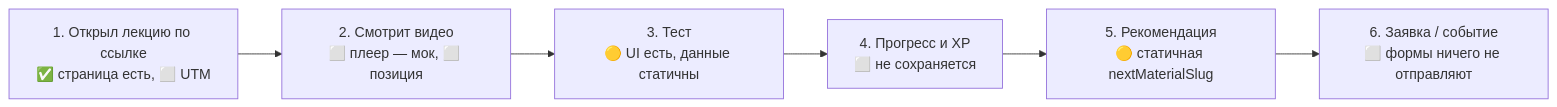
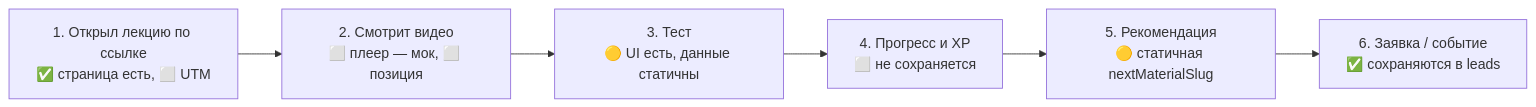
One commit to yerkebulanooo/aleuet changed the sixth of 6 diagrams in docs/architecture.md. Above: the diagram before and after it, drawn with Mermaid. The commit also changed other lines of this file and 19 other files, not shown here.

````diff
--- a/docs/architecture.md
+++ b/docs/architecture.md
@@ -135,8 +150,8 @@
 ```mermaid
 graph LR
   S1["1. Открыл лекцию по ссылке<br/>✅ страница есть, ⬜ UTM"] --> S2["2. Смотрит видео<br/>⬜ плеер — мок, ⬜ позиция"]
   S2 --> S3["3. Тест<br/>🟡 UI есть, данные статичны"]
   S3 --> S4["4. Прогресс и XP<br/>⬜ не сохраняется"]
   S4 --> S5["5. Рекомендация<br/>🟡 статичная nextMaterialSlug"]
-  S5 --> S6["6. Заявка / событие<br/>⬜ формы ничего не отправляют"]
+  S5 --> S6["6. Заявка / событие<br/>✅ сохраняются в leads"]
 ```
````
